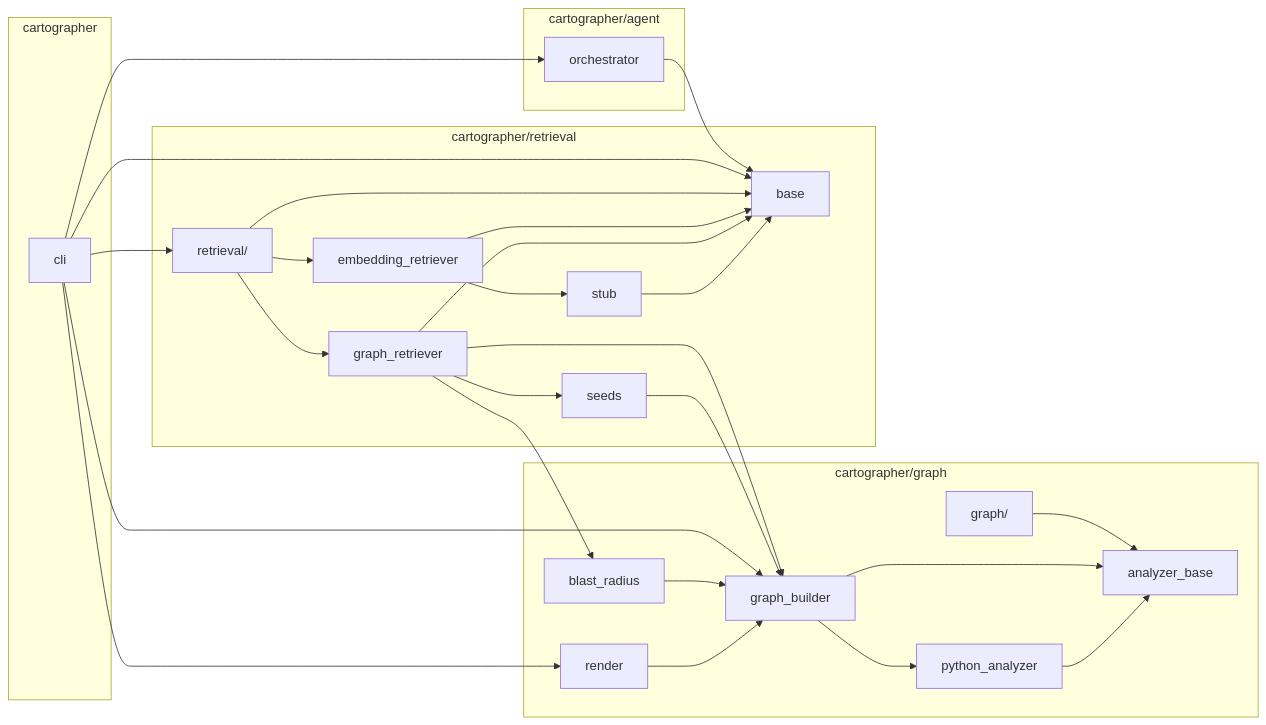
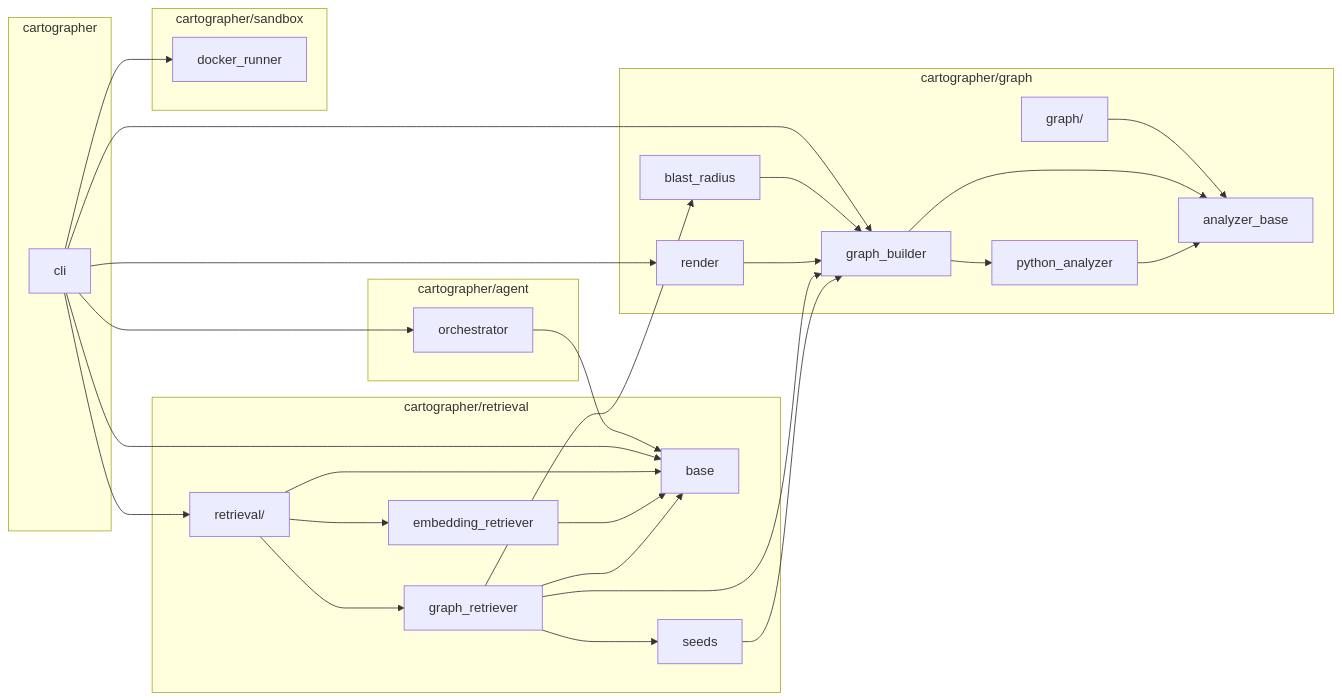
One commit to KanishKhetarpal/cartographer changed the diagram in README.md. Above: the diagram before and after it, drawn with Mermaid. The commit also changed other lines of this file and 1 other file, not shown here.

````diff
--- a/README.md
+++ b/README.md
@@ -163,48 +188,49 @@
 ```mermaid
 graph LR
   subgraph g0["cartographer"]
     n0["cli"]
   end
   subgraph g1["cartographer/agent"]
     n1["orchestrator"]
   end
   subgraph g2["cartographer/graph"]
     n2["graph/"]
     n3["analyzer_base"]
     n4["blast_radius"]
     n5["graph_builder"]
     n6["python_analyzer"]
     n7["render"]
   end
   subgraph g3["cartographer/retrieval"]
     n8["retrieval/"]
     n9["base"]
     n10["embedding_retriever"]
     n11["graph_retriever"]
     n12["seeds"]
-    n13["stub"]
+  end
+  subgraph g4["cartographer/sandbox"]
+    n13["docker_runner"]
   end
   n1 --> n9
   n0 --> n1
   n0 --> n5
   n0 --> n7
   n0 --> n8
   n0 --> n9
+  n0 --> n13
   n2 --> n3
   n4 --> n5
   n5 --> n3
   n5 --> n6
   n6 --> n3
   n7 --> n5
   n8 --> n9
   n8 --> n10
   n8 --> n11
   n10 --> n9
-  n10 --> n13
   n11 --> n4
   n11 --> n5
   n11 --> n9
   n11 --> n12
   n12 --> n5
-  n13 --> n9
 ```
````
